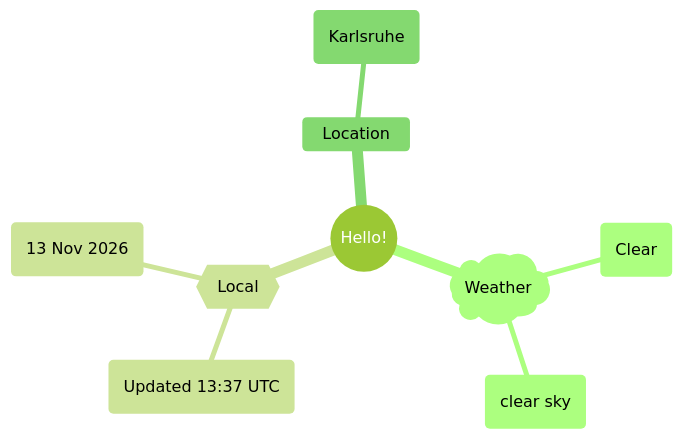
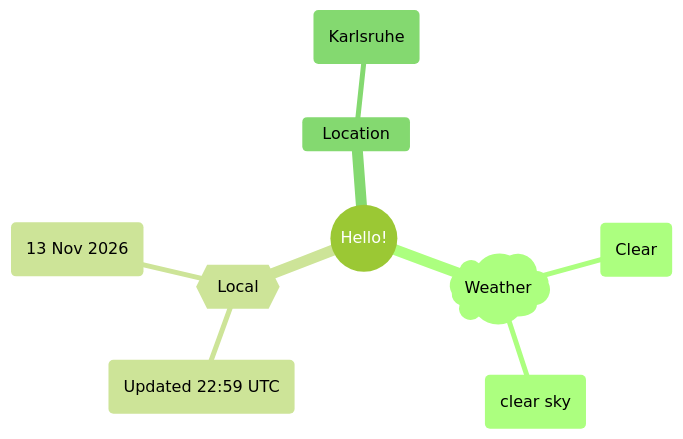
The first of 2 diagrams in README.md (Xosrov/Xosrov), drawn with Mermaid (forest theme) before and after one commit.

Commit message:
[bot] updated images

````diff
--- a/README.md
+++ b/README.md
@@ -3,12 +3,12 @@
 ```mermaid
 mindmap
   root((Hello!))
     )Weather(
         (Clear)
         (clear sky)
     {{Local}}
-        (Updated 13:37 UTC)
+        (Updated 22:59 UTC)
         (13 Nov 2026)
     Location
         (Karlsruhe)
 ```
````
